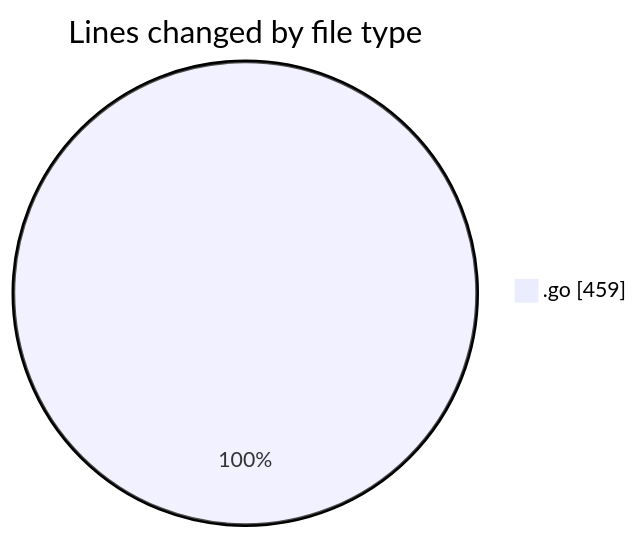
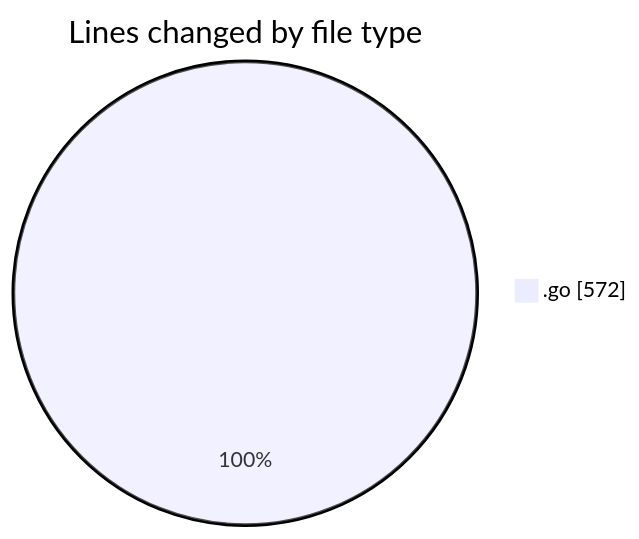
The first of 2 diagrams in 2025-10-31/backend/README.md (Ritupan-Deka/code-tracking), drawn with Mermaid before and after one commit. The commit also changed other lines of this file and 1 other file, not shown here.

````diff
--- a/2025-10-31/backend/README.md
+++ b/2025-10-31/backend/README.md
@@ -24,5 +24,5 @@
 ```mermaid
 pie showData
 title Lines changed by file type
-".go" : 459
+".go" : 572
 ```
````
